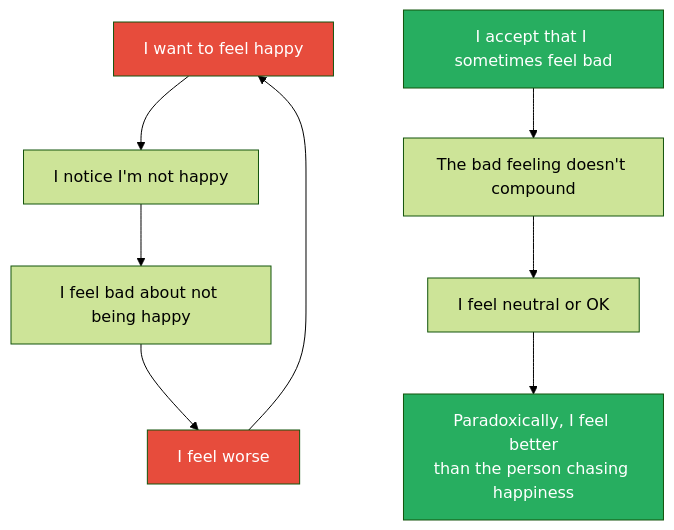
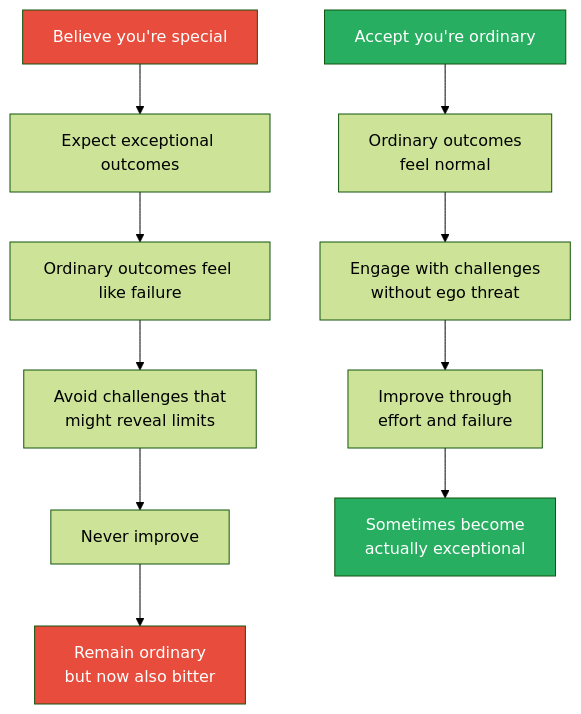
One commit to alius33/reader changed the third of 7 diagrams in summaries/Mindset & Self-Mastery/The Subtle Art of Not Giving a F-ck - Mark Manson.md. Above: the diagram before and after it, drawn with Mermaid (forest theme). The commit also changed other lines of this file and 272 other files, not shown here.

````diff
--- a/summaries/Mindset & Self-Mastery/The Subtle Art of Not Giving a F-ck - Mark Manson.md
+++ b/summaries/Mindset & Self-Mastery/The Subtle Art of Not Giving a F-ck - Mark Manson.md
@@ -438,14 +375,16 @@
 ```mermaid
 flowchart TD
-    A["I want to feel happy"] --> B["I notice I'm not happy"]
-    B --> C["I feel bad about not being happy"]
-    C --> D["I feel worse"]
-    D --> A
-    E["I accept that I sometimes feel bad"] --> F["The bad feeling doesn't compound"]
-    F --> G["I feel neutral or OK"]
-    G --> H["Paradoxically, I feel better\nthan the person chasing happiness"]
+    A["Believe you're special"] --> B["Expect exceptional outcomes"]
+    B --> C["Ordinary outcomes feel like failure"]
+    C --> D["Avoid challenges that<br>might reveal limits"]
+    D --> E["Never improve"]
+    E --> F["Remain ordinary<br>but now also bitter"]
+    G["Accept you're ordinary"] --> H["Ordinary outcomes<br>feel normal"]
+    H --> I["Engage with challenges<br>without ego threat"]
+    I --> J["Improve through<br>effort and failure"]
+    J --> K["Sometimes become<br>actually exceptional"]
     style A fill:#e74c3c,color:#fff
-    style D fill:#e74c3c,color:#fff
-    style E fill:#27ae60,color:#fff
-    style H fill:#27ae60,color:#fff
+    style F fill:#e74c3c,color:#fff
+    style G fill:#27ae60,color:#fff
+    style K fill:#27ae60,color:#fff
 ```
````
